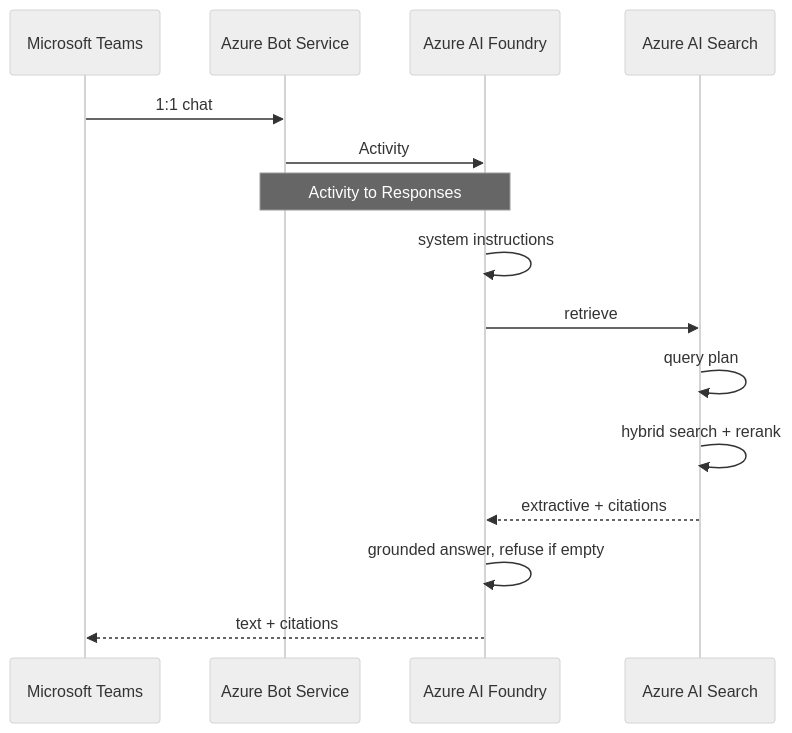
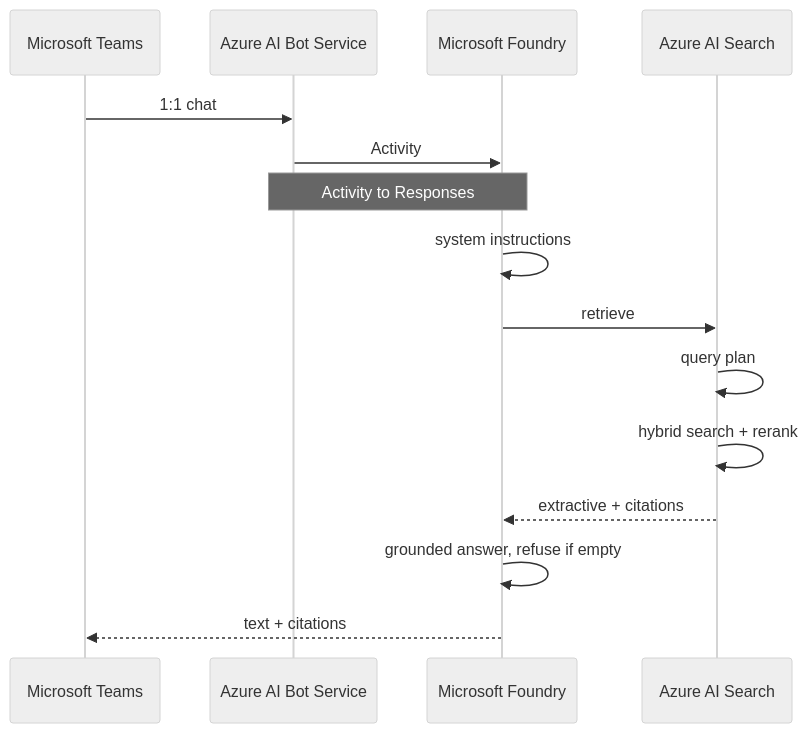
Before and after one commit to kborovik/azure-ai-foundry: the diagram in README.md, drawn with Mermaid (neutral theme). The commit also changed other lines of this file and 1 other file, not shown here.

First line of the commit message:
docs: align plan and README with 2026 Microsoft Foundry branding

````diff
--- a/README.md
+++ b/README.md
@@ -25,18 +25,18 @@
 ```mermaid
 sequenceDiagram
   participant U as Microsoft Teams
-  participant BOT as Azure Bot Service
-  participant A as Azure AI Foundry
+  participant BOT as Azure AI Bot Service
+  participant A as Microsoft Foundry
   participant SEARCH as Azure AI Search
 
   U->>BOT: 1:1 chat
   BOT->>A: Activity
   Note over BOT,A: Activity to Responses
   A->>A: system instructions
   A->>SEARCH: retrieve
   SEARCH->>SEARCH: query plan
   SEARCH->>SEARCH: hybrid search + rerank
   SEARCH-->>A: extractive + citations
   A->>A: grounded answer, refuse if empty
   A-->>U: text + citations
 ```
````
